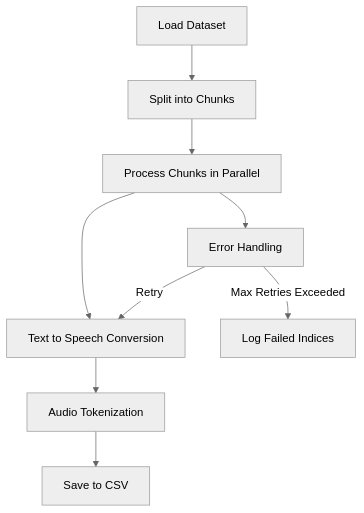
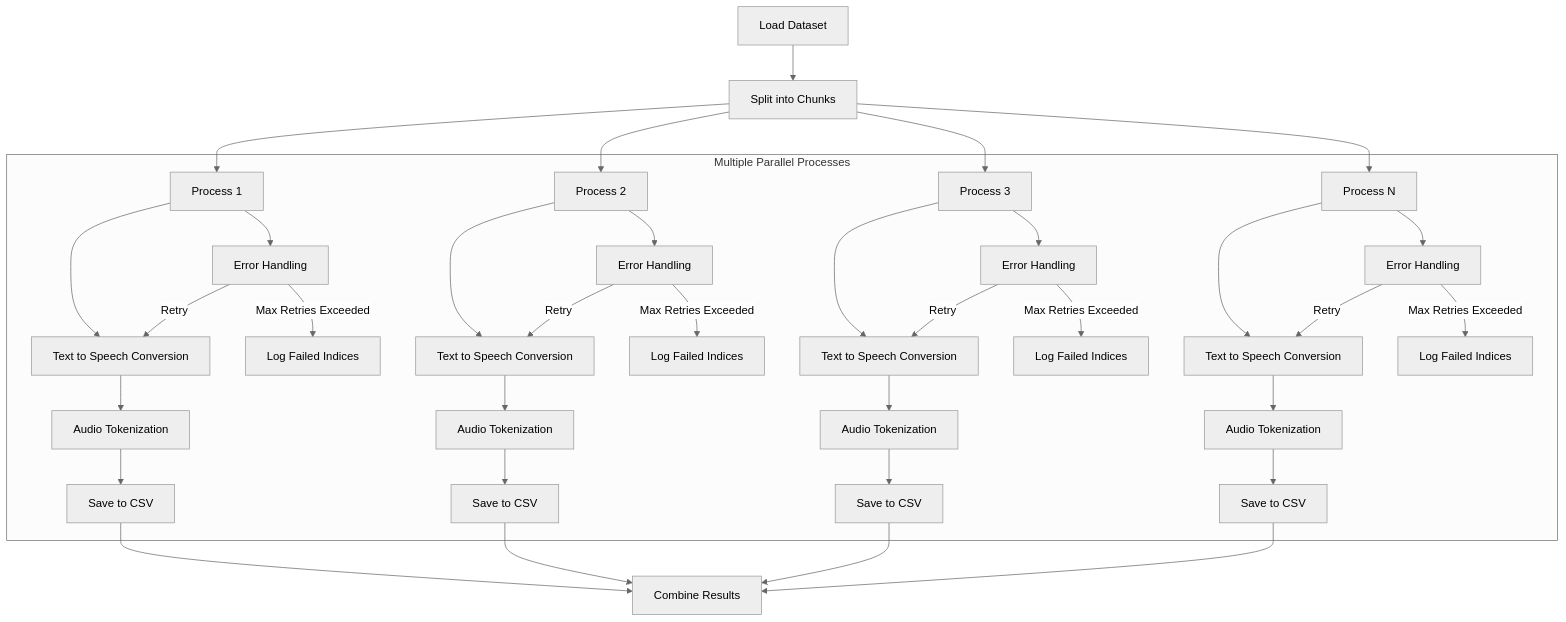
Before and after one commit to homebrewltd/ichigo: the diagram in synthetic_data/README.md, drawn with Mermaid (neutral theme).

Commit message:
chores: modify readme data flow

````diff
--- a/synthetic_data/README.md
+++ b/synthetic_data/README.md
@@ -125,11 +125,45 @@
 ```mermaid
 graph TD
     A[Load Dataset] --> B[Split into Chunks]
-    B --> C[Process Chunks in Parallel]
-    C --> D[Text to Speech Conversion]
-    D --> E[Audio Tokenization]
-    E --> F[Save to CSV]
-    C --> G[Error Handling]
-    G --> |Retry| D
-    G --> |Max Retries Exceeded| H[Log Failed Indices]
+    B --> C1[Process 1]
+    B --> C2[Process 2]
+    B --> C3[Process 3]
+    B --> C4[Process N]
+    
+    subgraph "Multiple Parallel Processes"
+    C1 --> D1[Text to Speech Conversion]
+    C2 --> D2[Text to Speech Conversion]
+    C3 --> D3[Text to Speech Conversion]
+    C4 --> D4[Text to Speech Conversion]
+    
+    D1 --> E1[Audio Tokenization]
+    D2 --> E2[Audio Tokenization]
+    D3 --> E3[Audio Tokenization]
+    D4 --> E4[Audio Tokenization]
+    
+    E1 --> F1[Save to CSV]
+    E2 --> F2[Save to CSV]
+    E3 --> F3[Save to CSV]
+    E4 --> F4[Save to CSV]
+    
+    C1 --> G1[Error Handling]
+    C2 --> G2[Error Handling]
+    C3 --> G3[Error Handling]
+    C4 --> G4[Error Handling]
+    
+    G1 -->|Retry| D1
+    G2 -->|Retry| D2
+    G3 -->|Retry| D3
+    G4 -->|Retry| D4
+    
+    G1 -->|Max Retries Exceeded| H1[Log Failed Indices]
+    G2 -->|Max Retries Exceeded| H2[Log Failed Indices]
+    G3 -->|Max Retries Exceeded| H3[Log Failed Indices]
+    G4 -->|Max Retries Exceeded| H4[Log Failed Indices]
+    end
+    
+    F1 --> I[Combine Results]
+    F2 --> I
+    F3 --> I
+    F4 --> I
 ```
````
